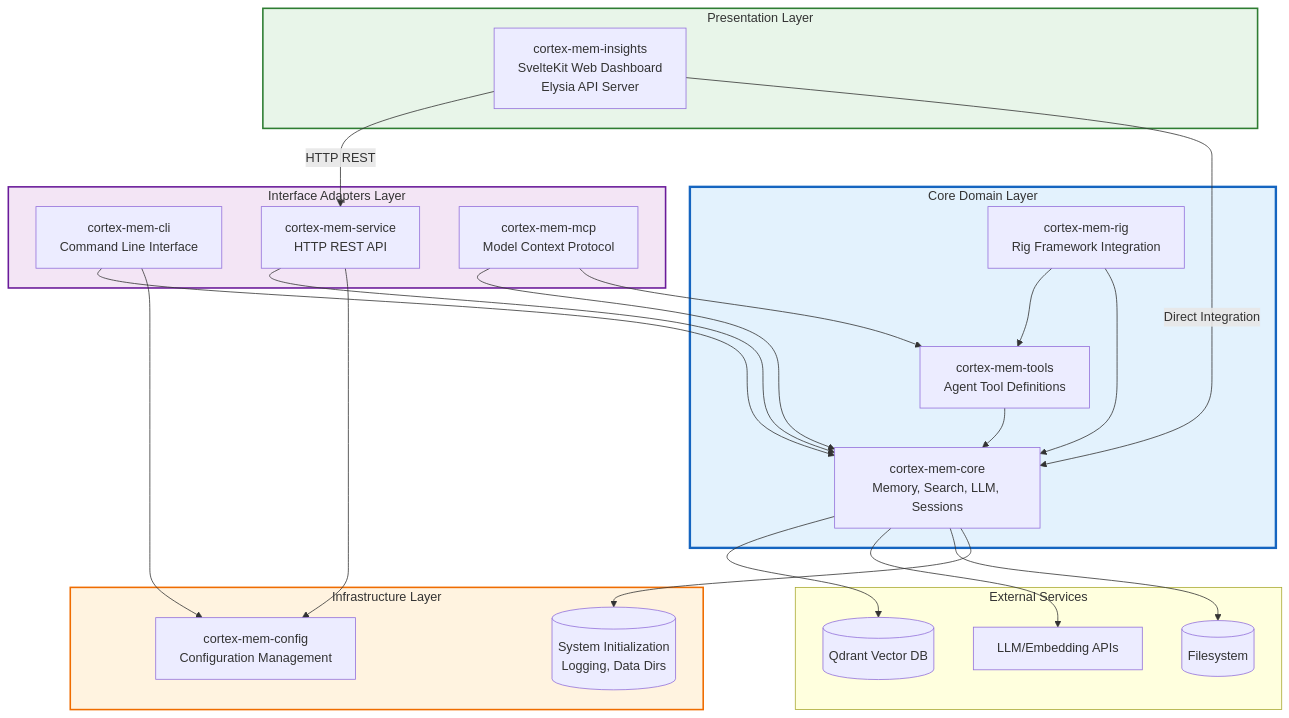
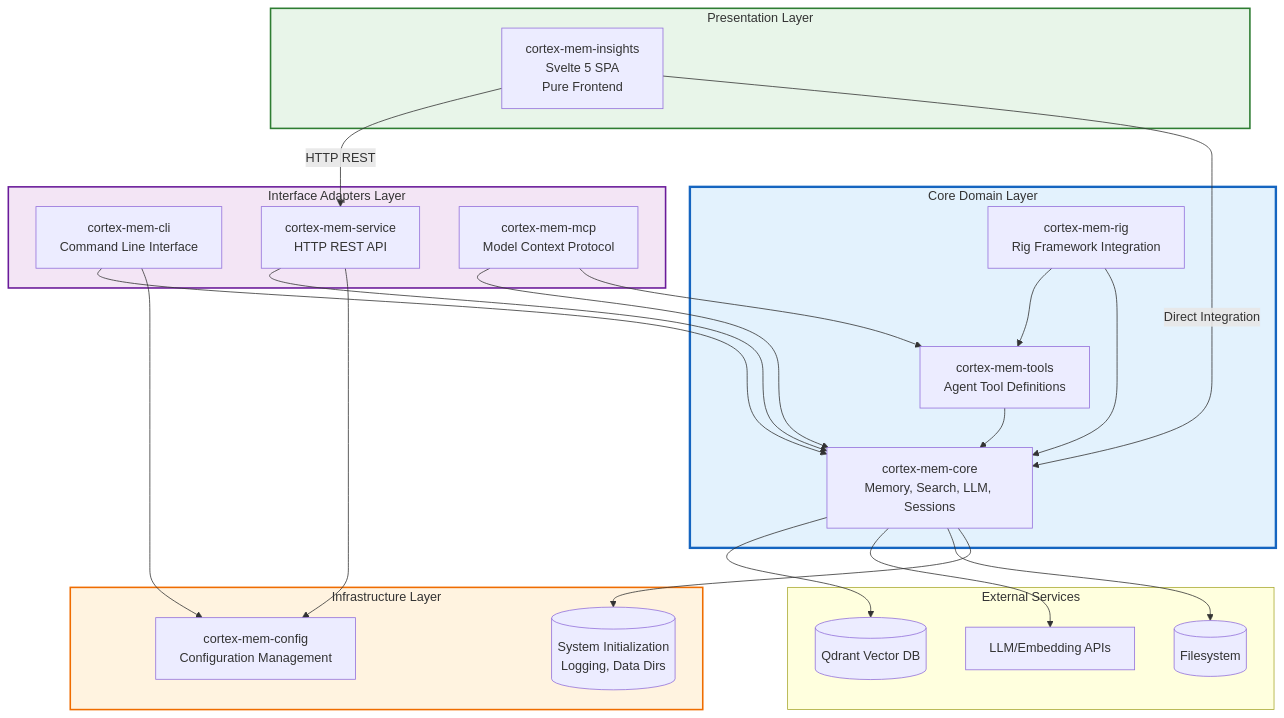
One commit to sopaco/cortex-mem changed the third of 13 diagrams in litho.docs/en/2.Architecture.md. Above: the diagram before and after it, drawn with Mermaid. The commit also changed other lines of this file and 6 other files, not shown here.

````diff
--- a/litho.docs/en/2.Architecture.md
+++ b/litho.docs/en/2.Architecture.md
@@ -179,54 +176,54 @@
 ```mermaid
 flowchart TB
     subgraph Infrastructure["Infrastructure Layer"]
         Config[cortex-mem-config<br/>Configuration Management]
         Init[(System Initialization<br/>Logging, Data Dirs)]
     end
     
     subgraph CoreDomain["Core Domain Layer"]
         CoreLib[cortex-mem-core<br/>Memory, Search, LLM, Sessions]
         ToolsLib[cortex-mem-tools<br/>Agent Tool Definitions]
         RigInt[cortex-mem-rig<br/>Rig Framework Integration]
     end
     
     subgraph InterfaceAdapters["Interface Adapters Layer"]
         CLI[cortex-mem-cli<br/>Command Line Interface]
         Service[cortex-mem-service<br/>HTTP REST API]
         MCP[cortex-mem-mcp<br/>Model Context Protocol]
     end
     
     subgraph Presentation["Presentation Layer"]
-        Insights[cortex-mem-insights<br/>SvelteKit Web Dashboard<br/>Elysia API Server]
+        Insights[cortex-mem-insights<br/>Svelte 5 SPA<br/>Pure Frontend]
     end
     
     subgraph External["External Services"]
         Qdrant[(Qdrant Vector DB)]
         LLM[LLM/Embedding APIs]
         FS[(Filesystem)]
     end
     
     %% Dependencies - Flow Inward
     CLI --> CoreLib
     CLI --> Config
     Service --> CoreLib
     Service --> Config
     MCP --> CoreLib
     MCP --> ToolsLib
     
     ToolsLib --> CoreLib
     RigInt --> ToolsLib
     RigInt --> CoreLib
     
     Insights -->|HTTP REST| Service
     Insights -->|Direct Integration| CoreLib
     
     CoreLib --> Qdrant
     CoreLib --> LLM
     CoreLib --> FS
     CoreLib --> Init
     
     style CoreDomain fill:#e3f2fd,stroke:#1565c0,stroke-width:3px
     style InterfaceAdapters fill:#f3e5f5,stroke:#6a1b9a,stroke-width:2px
     style Presentation fill:#e8f5e9,stroke:#2e7d32,stroke-width:2px
     style Infrastructure fill:#fff3e0,stroke:#ef6c00,stroke-width:2px
 ```
````
